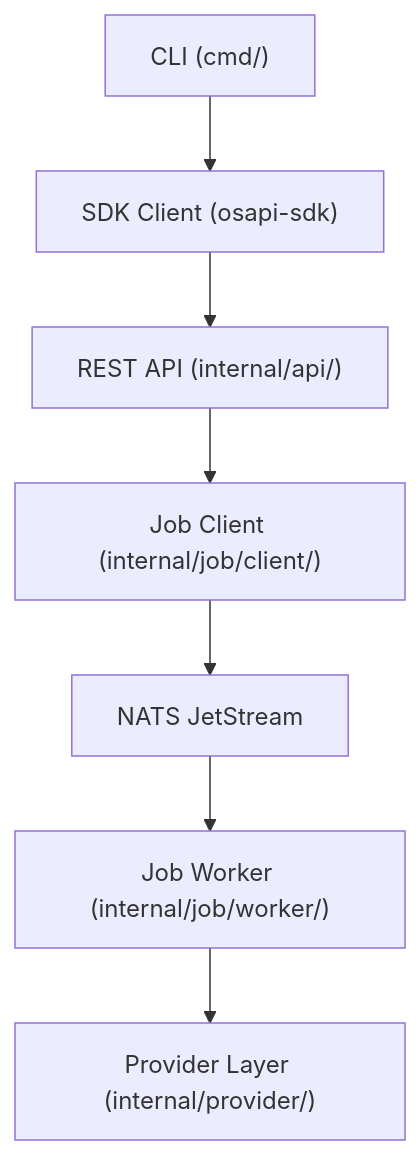
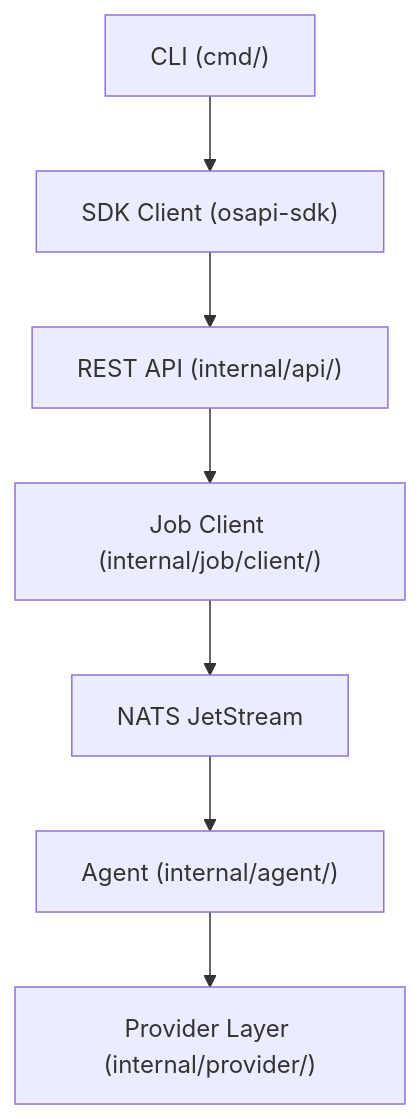
The first of 2 diagrams in docs/docs/sidebar/architecture/system-architecture.md (osapi-io/osapi), drawn with Mermaid before and after one commit. The commit also changed other lines of this file and 355 other files, not shown here.

````diff
--- a/docs/docs/sidebar/architecture/system-architecture.md
+++ b/docs/docs/sidebar/architecture/system-architecture.md
@@ -25,9 +25,9 @@
 ```mermaid
 graph TD
     CLI["CLI (cmd/)"] --> SDK["SDK Client (osapi-sdk)"]
     SDK --> API["REST API (internal/api/)"]
     API --> JobClient["Job Client (internal/job/client/)"]
     JobClient --> NATS["NATS JetStream"]
-    NATS --> Worker["Job Worker (internal/job/worker/)"]
-    Worker --> Provider["Provider Layer (internal/provider/)"]
+    NATS --> Agent["Agent (internal/agent/)"]
+    Agent --> Provider["Provider Layer (internal/provider/)"]
 ```
````
